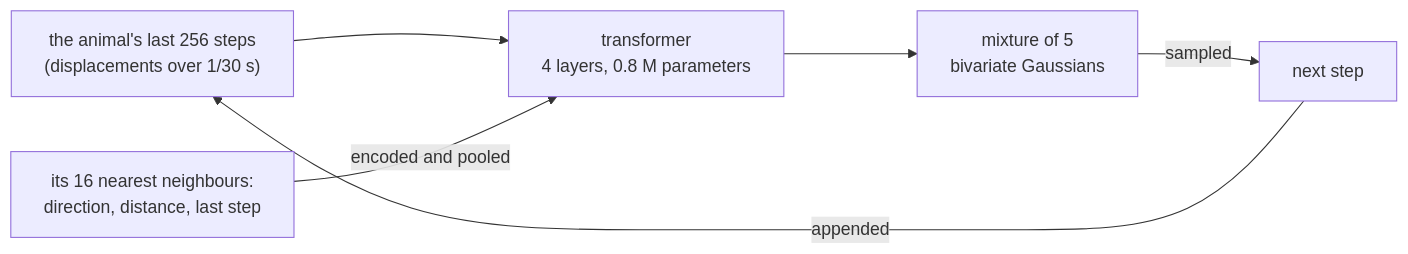
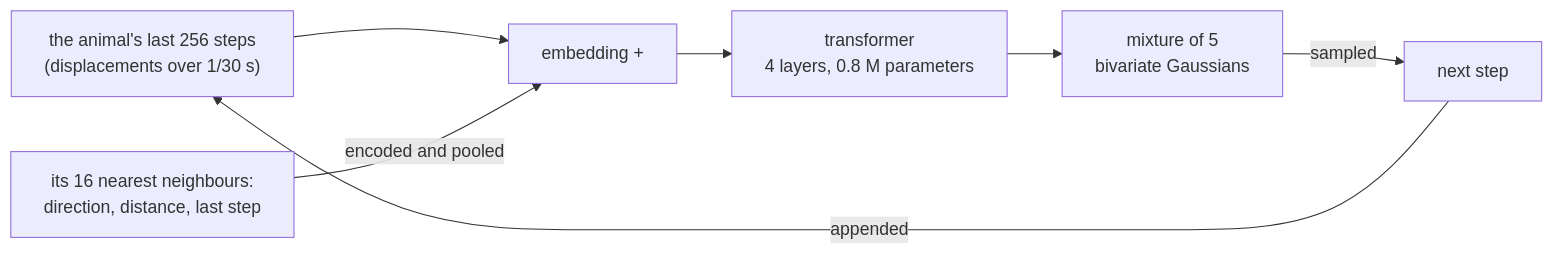
The diagram in README.md (gustavecortal/animacy), drawn with Mermaid before and after one commit. The commit also changed other lines of this file and 11 other files, not shown here.

````diff
--- a/README.md
+++ b/README.md
@@ -27,8 +23,9 @@
 ```mermaid
 flowchart LR
-  H["the animal's last 256 steps<br/>(displacements over 1/30 s)"] --> T["transformer<br/>4 layers, 0.8 M parameters"]
-  N["its 16 nearest neighbours:<br/>direction, distance, last step"] -->|encoded and pooled| T
+  H["the animal's last 256 steps<br/>(displacements over 1/30 s)"] --> E["embedding +"]
+  N["its 16 nearest neighbours:<br/>direction, distance, last step"] -->|encoded and pooled| E
+  E --> T["transformer<br/>4 layers, 0.8 M parameters"]
   T --> M[mixture of 5<br/>bivariate Gaussians]
   M -->|sampled| S[next step]
   S -->|appended| H
 ```
````
